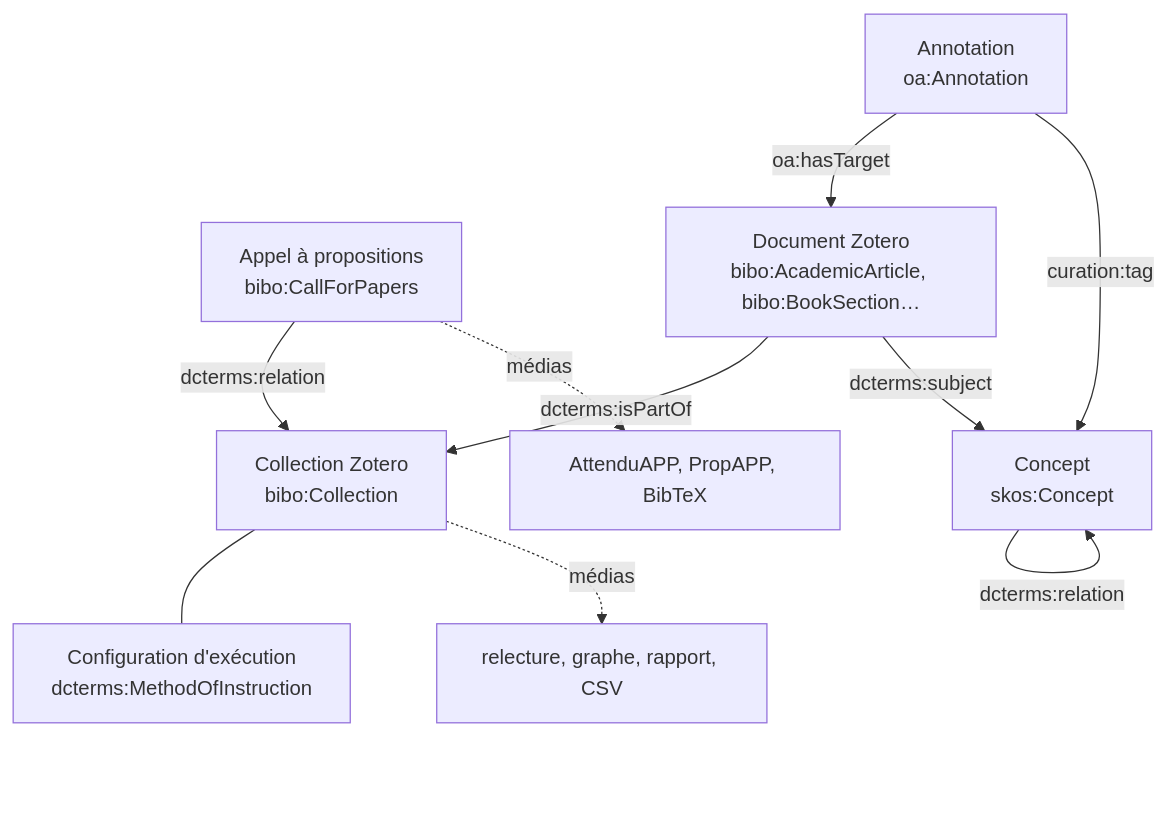
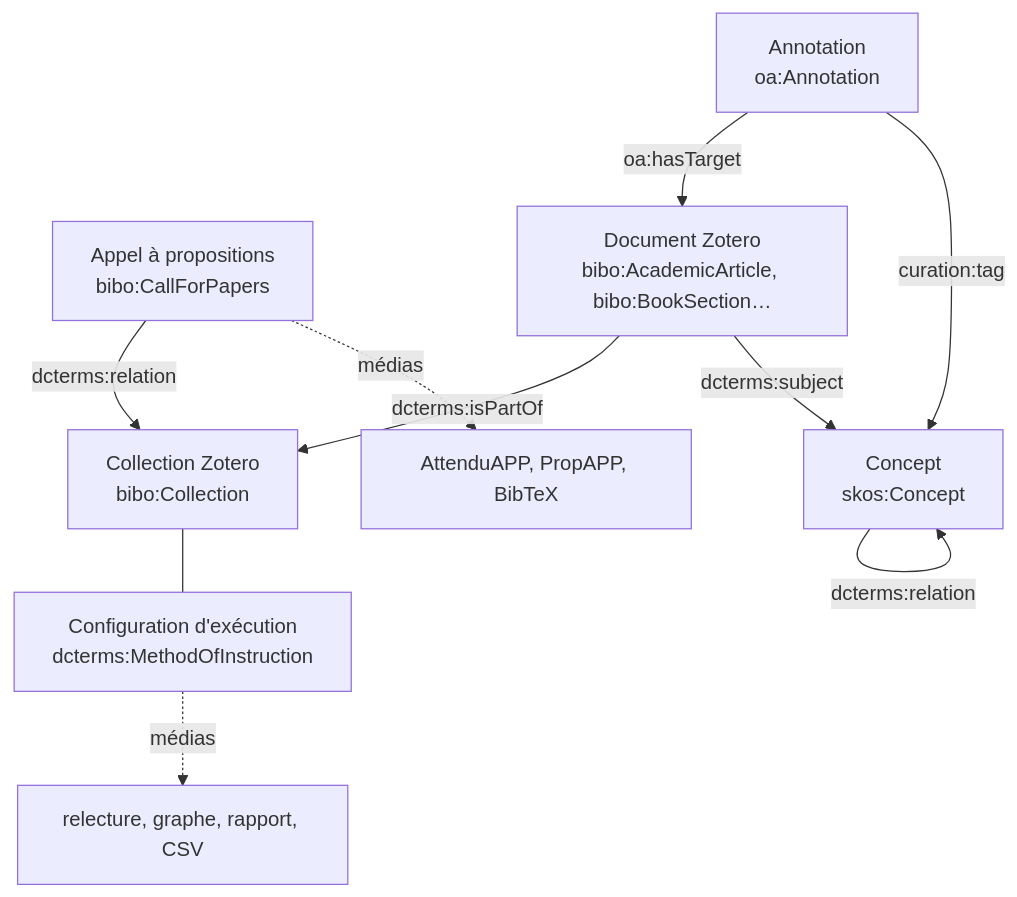
Before and after one commit to samszo/ecosysteme-agents-recherche: the fourth of 4 diagrams in docs/utilisateur.md, drawn with Mermaid. The commit also changed other lines of this file and 13 other files, not shown here.

````diff
--- a/docs/utilisateur.md
+++ b/docs/utilisateur.md
@@ -191,12 +199,12 @@
 ```mermaid
 flowchart TD
     COL[Collection Zotero<br/>bibo:Collection] --- CFG[Configuration d'exécution<br/>dcterms:MethodOfInstruction]
     AAP[Appel à propositions<br/>bibo:CallForPapers] -- dcterms:relation --> COL
     DOC[Document Zotero<br/>bibo:AcademicArticle, bibo:BookSection…] -- dcterms:isPartOf --> COL
     ANN[Annotation<br/>oa:Annotation] -- oa:hasTarget --> DOC
     DOC -- dcterms:subject --> CON[Concept<br/>skos:Concept]
     ANN -- curation:tag --> CON
     CON -- dcterms:relation --> CON
     AAP -. médias .-> M1[AttenduAPP, PropAPP, BibTeX]
-    COL -. médias .-> M2[relecture, graphe, rapport, CSV]
+    CFG -. médias .-> M2[relecture, graphe, rapport, CSV]
 ```
````
